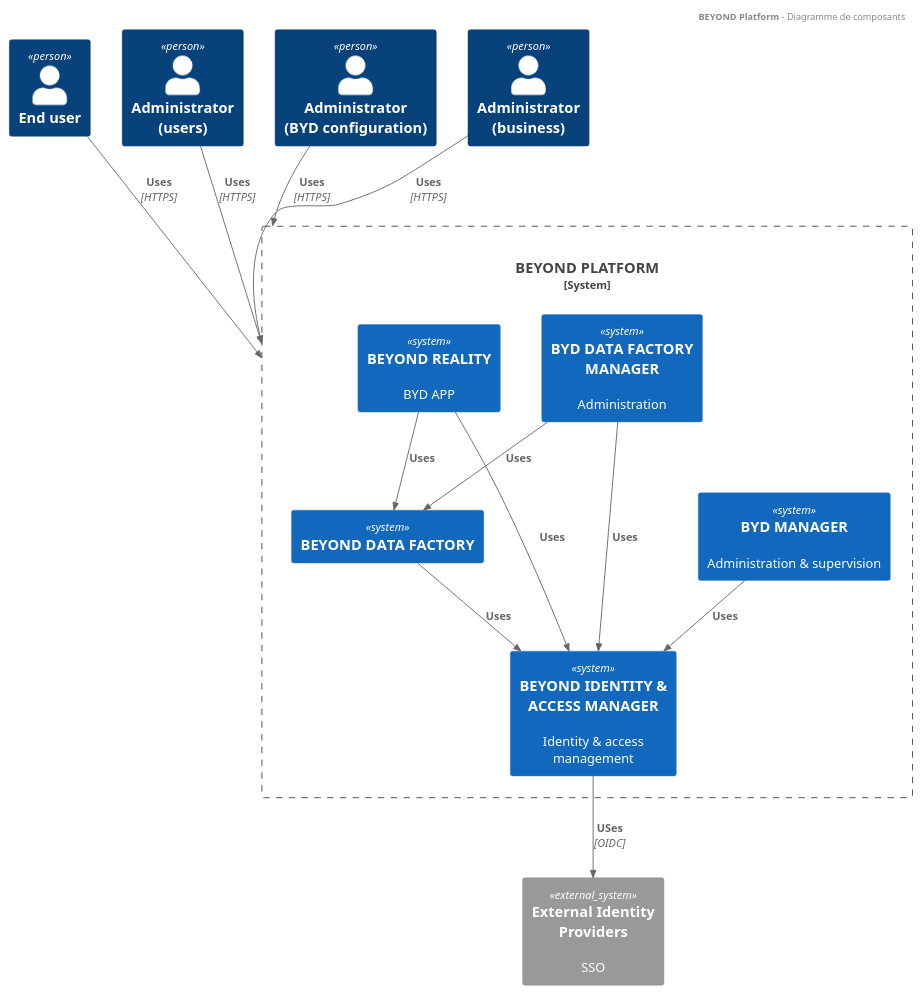
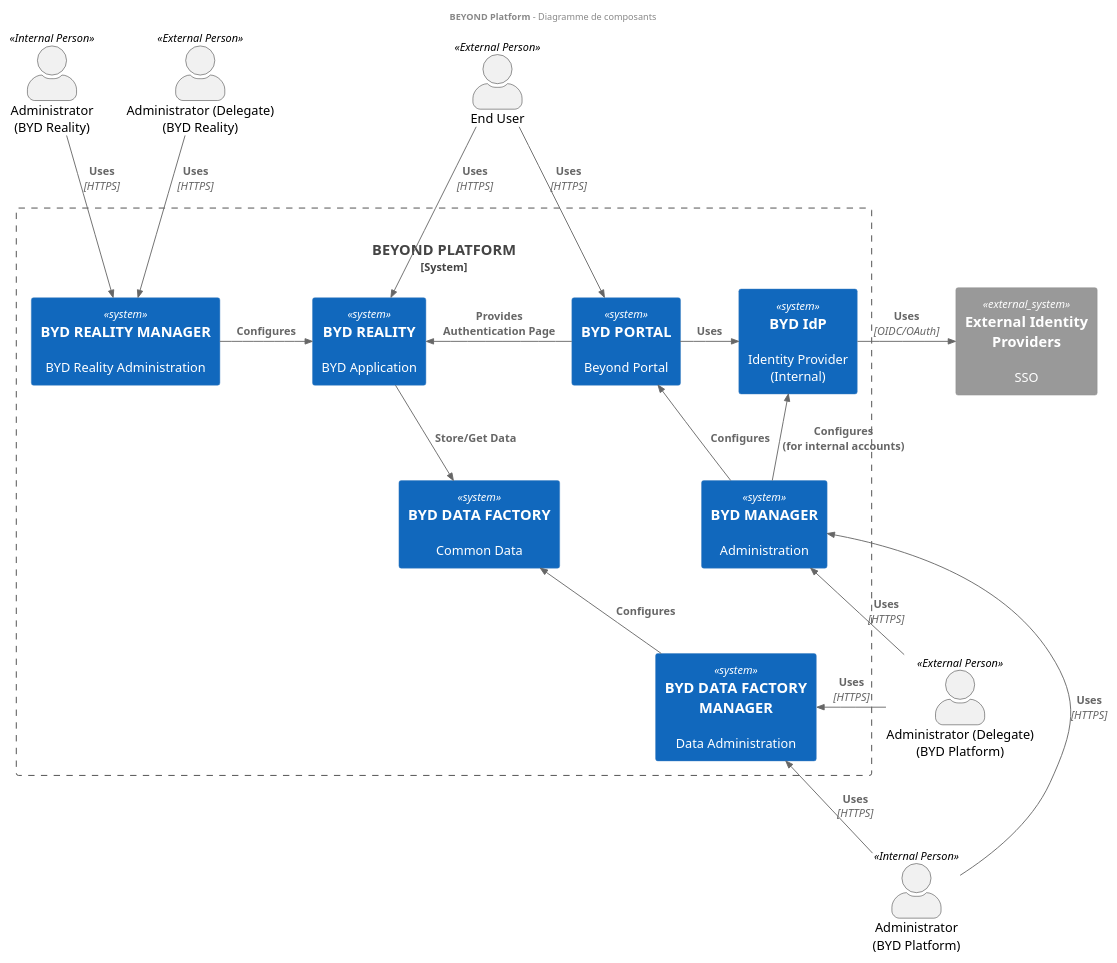
The diagram in 02.byd-Platform/1.ArchitectureDossier/tools/diagrams/0400.ComponentModel.System.wsd (cogirep/documentation), drawn with PlantUML before and after one commit. The commit also changed 7 other files, not shown here.

```diff
--- a/02.byd-Platform/1.ArchitectureDossier/tools/diagrams/0400.ComponentModel.System.wsd
+++ b/02.byd-Platform/1.ArchitectureDossier/tools/diagrams/0400.ComponentModel.System.wsd
@@ -1,50 +1,86 @@
-@startuml component-model-system-level
+@startuml component-model-system-context-level
+
+!includeurl https://raw.githubusercontent.com/skleanthous/C4-PlantumlSkin/master/build/output/c4.puml
 
 header
     <b>BEYOND Platform</b> - Diagramme de composants
 end header
 
 !include ../../../../tools/C4-PlantUML/C4.puml
 !include ../../../../tools/C4-PlantUML/C4_Context.puml
 !include ../../../../tools/C4-PlantUML/C4_Container.puml
 !include ../../../../tools/C4-PlantUML/C4_Component.puml
 
-Person(EndUSer, "End user")
-Person(AdminIAM, "Administrator\n(users)")
-Person(AdminBYDPTF, "Administrator\n(BYD configuration)")
-Person(AdminDF, "Administrator\n(business)")
+
+actor "Administrator\n(BYD Reality)" as AdminBYDAPPREAInt <<Internal Person>>
+actor "Administrator (Delegate)\n(BYD Reality)" as AdminBYDAPPREAExt <<External Person>>
+actor "End User" as EndUSer <<External Person>>
+actor "Administrator\n(BYD Platform)" as AdminBYDPTFInt <<Internal Person>>
+actor "Administrator (Delegate)\n(BYD Platform)" as AdminBYDPTFExt <<External Person>>
+'actor "Administrator\n(BYD Application)" as AdminBYDAPPInt <<Internal Person>>
+'actor "Administrator (Delegate)\n(BYD Application)" as AdminBYDAPPExt <<External Person>>
+'Person(EndUSer, "End user")
+'Person(AdminBYDPTF, "Administrator\n(BYD Platform)")
+'Person(AdminBYDAPP, "Administrator\nBYD Application")
+'Person(AdminBYDAPPREA, "Administrator\nBYD Reality")
 
 
 System_Boundary(BYDPTFM, "BEYOND PLATFORM") {
-    System(BYDMGR, "BYD MANAGER", "Administration & supervision"){
+    System(BYDPORTAL, "BYD PORTAL", "Beyond Portal"){
     }
-    System(BYDDFMGR, "BYD DATA FACTORY MANAGER", "Administration"){
+    System(BYDMGR, "BYD MANAGER", "Administration"){
     }
-    System(BYDDF, "BEYOND DATA FACTORY"){
+    System(BYDDF, "BYD DATA FACTORY", "Common Data"){
     }
-    System(BYDREALITY, "BEYOND REALITY", "BYD APP"){
+    System(BYDDFMGR, "BYD DATA FACTORY MANAGER", "Data Administration"){
     }
-    System(BYDIDP, "BEYOND IDENTITY & ACCESS MANAGER", "Identity & access management"){
+    System(BYDREALITY, "BYD REALITY", "BYD Application"){
+    }
+    System(BYDREAMGR, "BYD REALITY MANAGER", "BYD Reality Administration"){
+    }
+    'System(BYDAPP, "BYD APPLICATION", "BYD Application (Generic)"){
+    '}
+    'System(BYDAPPMGR, "BYD APPLICATION MANAGER", "BYD Application Administration"){
+    ''}
+    System(BYDIDP, "BYD IdP", "Identity Provider\n(Internal)"){
     }
 
 }
 
 System_Ext(IdP, "External Identity Providers", "SSO")
 
 ' Relations
 ' - with users
-Rel(AdminIAM, BYDPTFM, "Uses", "HTTPS")
-Rel(AdminBYDPTF, BYDPTFM, "Uses", "HTTPS")
-Rel(AdminDF, BYDPTFM, "Uses", "HTTPS")
-Rel(EndUSer, BYDPTFM, "Uses", "HTTPS")
+Rel_D(EndUSer, BYDREALITY, "Uses", "HTTPS")
+Rel_D(EndUSer, BYDPORTAL, "Uses", "HTTPS")
+'Rel(EndUSer, BYDAPP, "Uses", "HTTPS")
+'Lay_L(AdminBYDPTFInt,AdminBYDPTFExt)
+Rel_U(AdminBYDPTFInt, BYDMGR, "Uses", "HTTPS")
+Rel_U(AdminBYDPTFInt, BYDDFMGR, "Uses", "HTTPS")
+Rel_U(AdminBYDPTFExt, BYDMGR, "Uses", "HTTPS")
+Rel_L(AdminBYDPTFExt, BYDDFMGR, "Uses", "HTTPS")
+'Rel_U(AdminBYDAPPInt, BYDAPPMGR, "Uses", "HTTPS")
+'Rel_U(AdminBYDAPPExt, BYDAPPMGR, "Uses", "HTTPS")
+Rel_D(AdminBYDAPPREAInt, BYDREAMGR, "Uses", "HTTPS")
+Rel_D(AdminBYDAPPREAExt, BYDREAMGR, "Uses", "HTTPS")
+
 ' - between services
-Rel(BYDREALITY, BYDIDP, "Uses")
-Rel(BYDREALITY, BYDDF, "Uses")
-Rel(BYDMGR, BYDIDP, "Uses")
-Rel(BYDDFMGR, BYDDF, "Uses")
-Rel(BYDDFMGR, BYDIDP, "Uses")
-Rel(BYDDF, BYDIDP, "Uses")
+Rel_L(BYDPORTAL, BYDREALITY, "Provides\nAuthentication Page")
+Rel_R(BYDREAMGR, BYDREALITY, "Configures")
+Rel_U(BYDMGR, BYDPORTAL, "Configures")
+Rel_U(BYDMGR, BYDIDP, "Configures\n(for internal accounts)")
+'Rel(BYDPORTAL, BYDAPP, "Provides\nAuthentication Page")
+Rel_D(BYDREALITY, BYDDF, "Store/Get Data")
+'Rel(BYDAPP, BYDDF, "Store/Get Data")
+'Rel_R(BYDPORTAL, BYDMGR, "Provides\nAuthentication Page")
+'Rel_R(BYDPORTAL, BYDDFMGR, "Provides\nAuthentication Page")
+'Rel_R(BYDPORTAL, BYDAPPMGR, "Provides\nAuthentication Page")
+'Rel_R(BYDPORTAL, BYDREAMGR, "Provides\nAuthentication Page")
+Rel_U(BYDDFMGR, BYDDF, "Configures")
+'Rel_U(BYDAPPMGR, BYDAPP, "Configures")
+Rel_R(BYDPORTAL, BYDIDP, "Uses")
+
 ' - between systems and external systems
-Rel(BYDIDP, IdP, "USes", "OIDC")
+Rel_R(BYDIDP, IdP, "Uses", "OIDC/OAuth")
 
 @enduml
```
